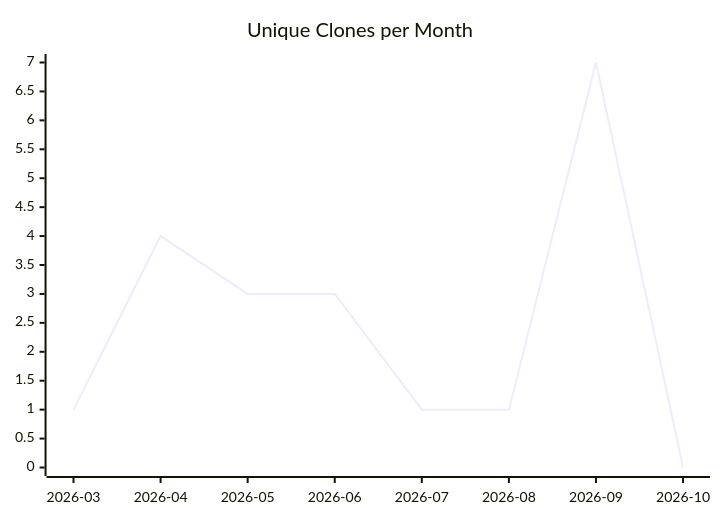
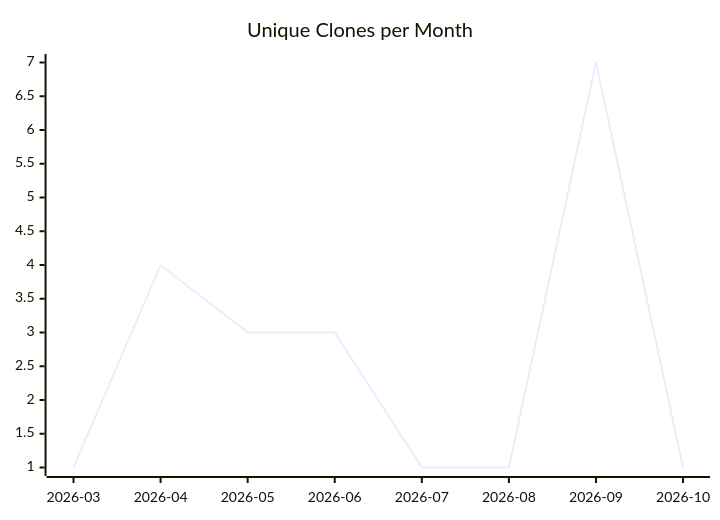
Before and after one commit to justdavis-family/github-analytics-data: the third of 3 diagrams in karlmdavis/FHIR-Server/README.md, drawn with Mermaid. The commit also changed other lines of this file and 198 other files, not shown here.

````diff
--- a/karlmdavis/FHIR-Server/README.md
+++ b/karlmdavis/FHIR-Server/README.md
@@ -19,6 +19,6 @@
 ```mermaid
 xychart-beta
   title "Unique Clones per Month"
   x-axis ["2026-03", "2026-04", "2026-05", "2026-06", "2026-07", "2026-08", "2026-09", "2026-10"]
-  line [1, 4, 3, 3, 1, 1, 7, 0]
+  line [1, 4, 3, 3, 1, 1, 7, 1]
 ```
````
